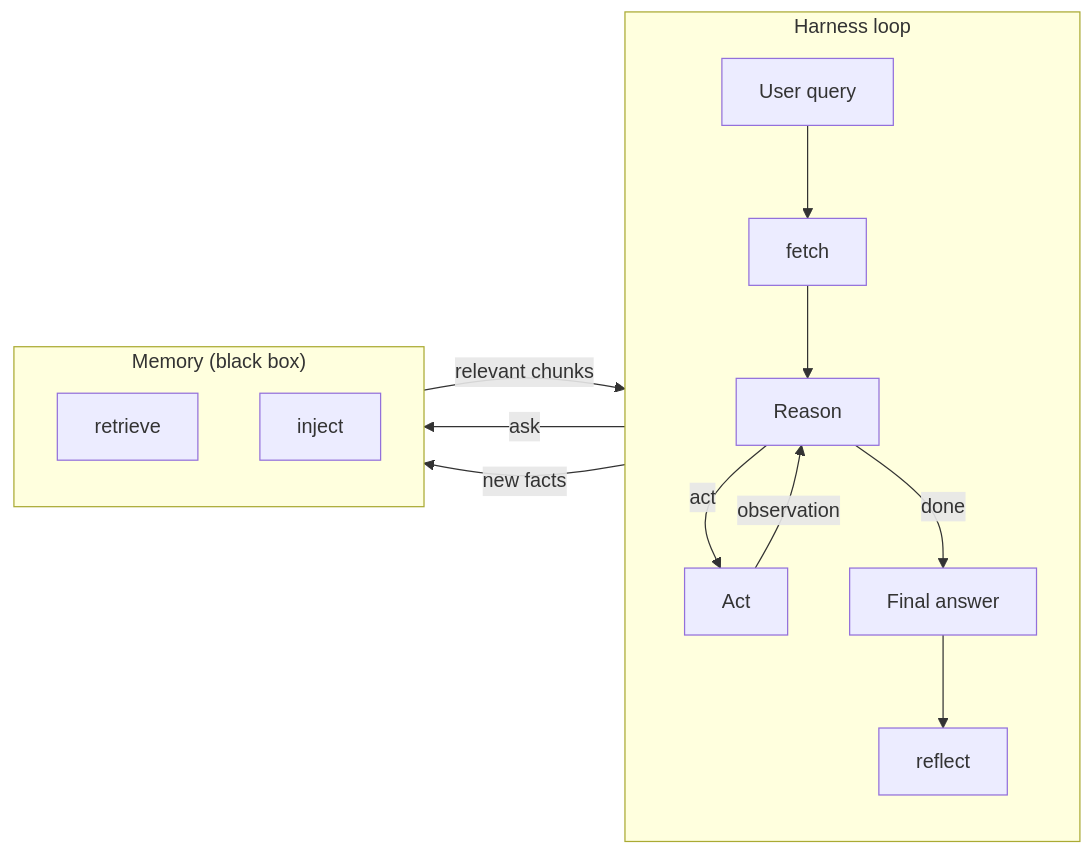
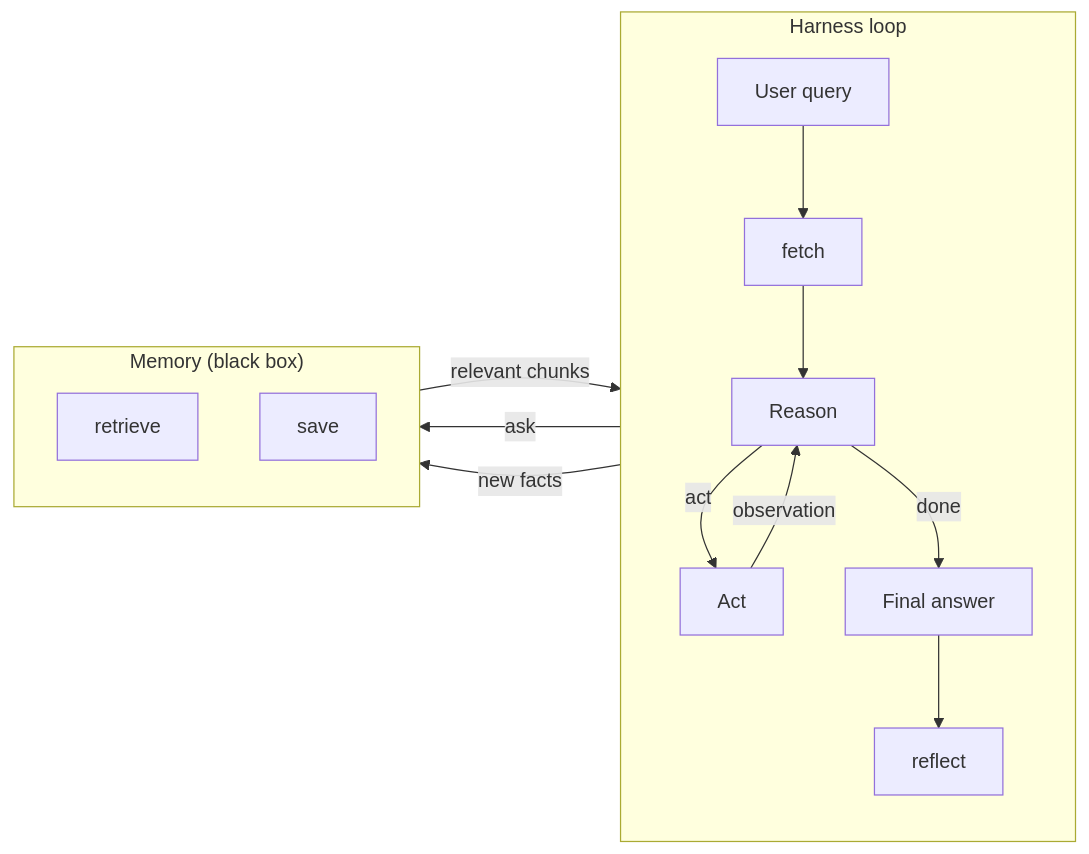
Before and after one commit to manojbajaj95/agent-knowledge-cards: the second of 2 diagrams in README.md, drawn with Mermaid. The commit also changed other lines of this file and 28 other files, not shown here.

````diff
--- a/README.md
+++ b/README.md
@@ -122,22 +122,22 @@
 ```mermaid
 flowchart LR
   subgraph H["Harness loop"]
     direction TB
     HQ[User query] --> HF[fetch]
     HF --> HR[Reason]
     HR -->|act| HA[Act]
     HA -->|observation| HR
     HR -->|done| HFA[Final answer]
     HFA --> HREF[reflect]
   end
 
   subgraph M["Memory (black box)"]
     direction TB
     MR[retrieve]
-    MI[inject]
+    MS[save]
   end
 
   HF -->|ask| MR
   MR -->|relevant chunks| HF
-  HREF -->|new facts| MI
+  HREF -->|new facts| MS
 ```
````
